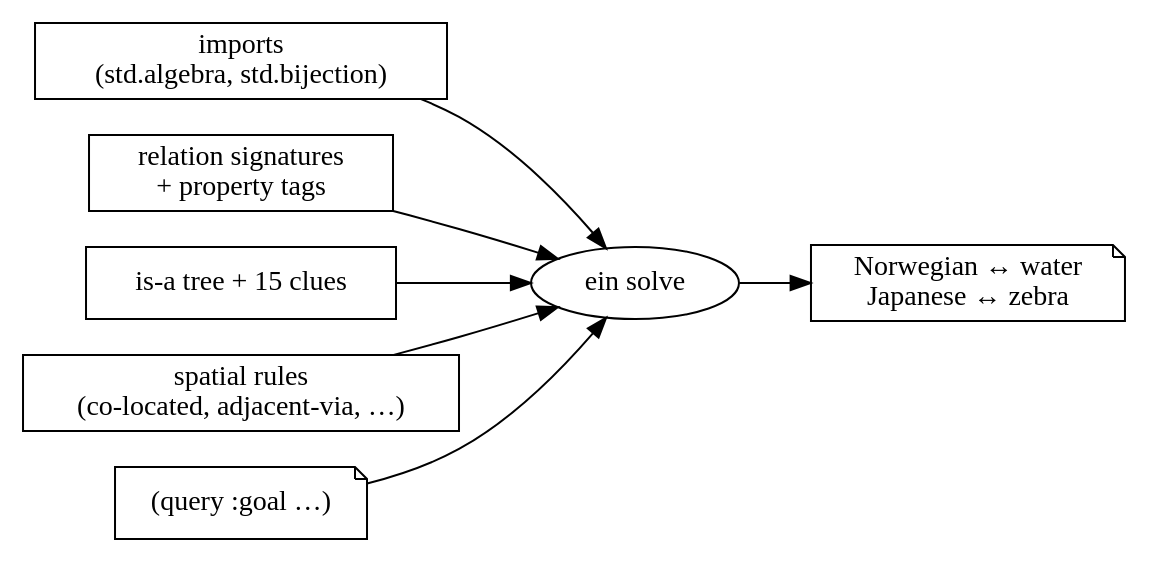
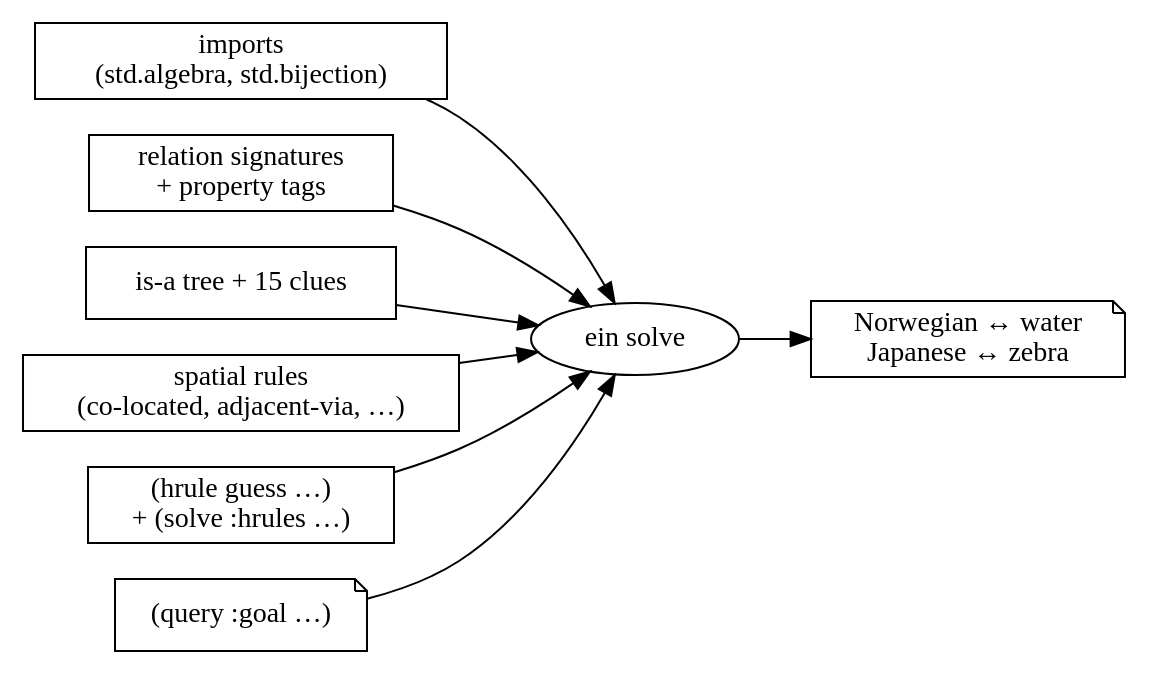
Before and after one commit to agutikov/ein: the diagram in docs/guide/04_solving_the_whole_puzzle.md, drawn with Graphviz. The commit also changed other lines of this file and 9 other files, not shown here.

````diff
--- a/docs/guide/04_solving_the_whole_puzzle.md
+++ b/docs/guide/04_solving_the_whole_puzzle.md
@@ -40,13 +45,14 @@
 ```dot
 digraph { rankdir=LR; node [shape=box];
   imports [label="imports\n(std.algebra, std.bijection)"];
   schema  [label="relation signatures\n+ property tags"];
   facts   [label="is-a tree + 15 clues"];
   rules   [label="spatial rules\n(co-located, adjacent-via, …)"];
+  guess   [label="(hrule guess …)\n+ (solve :hrules …)"];
   query   [label="(query :goal …)", shape=note];
   engine  [label="ein solve", shape=ellipse];
   answer  [label="Norwegian ↔ water\nJapanese ↔ zebra", shape=note];
   imports -> engine; schema -> engine; facts -> engine; rules -> engine;
-  query -> engine; engine -> answer;
+  guess -> engine; query -> engine; engine -> answer;
 }
 ```
````
